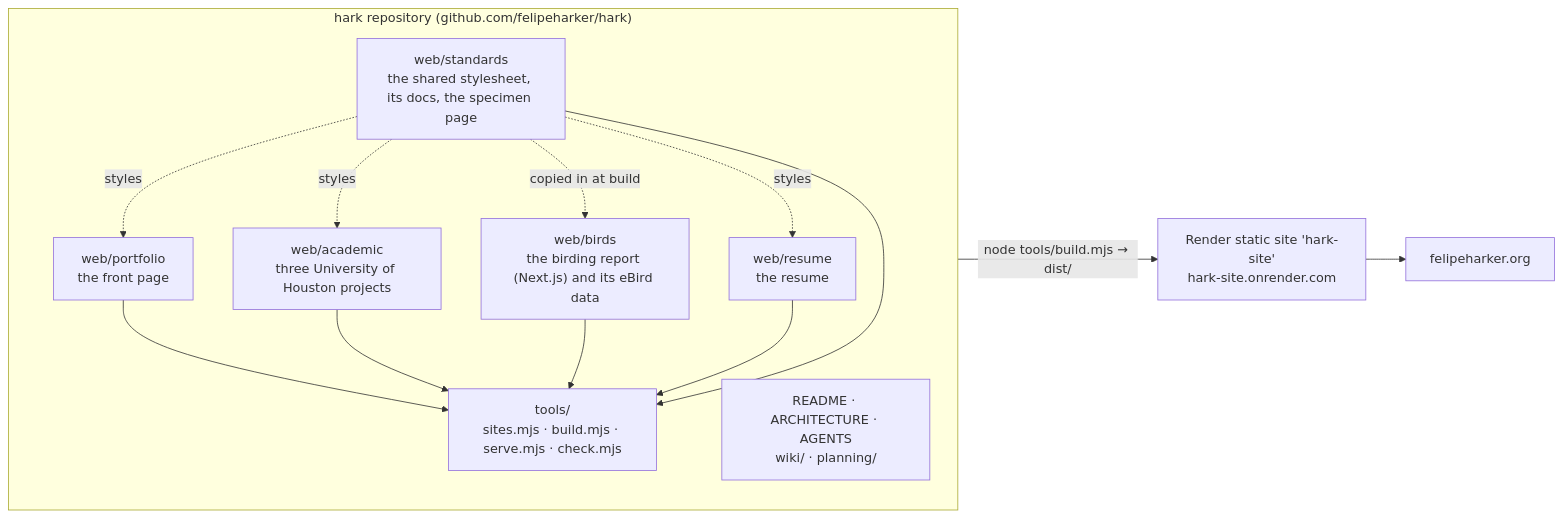
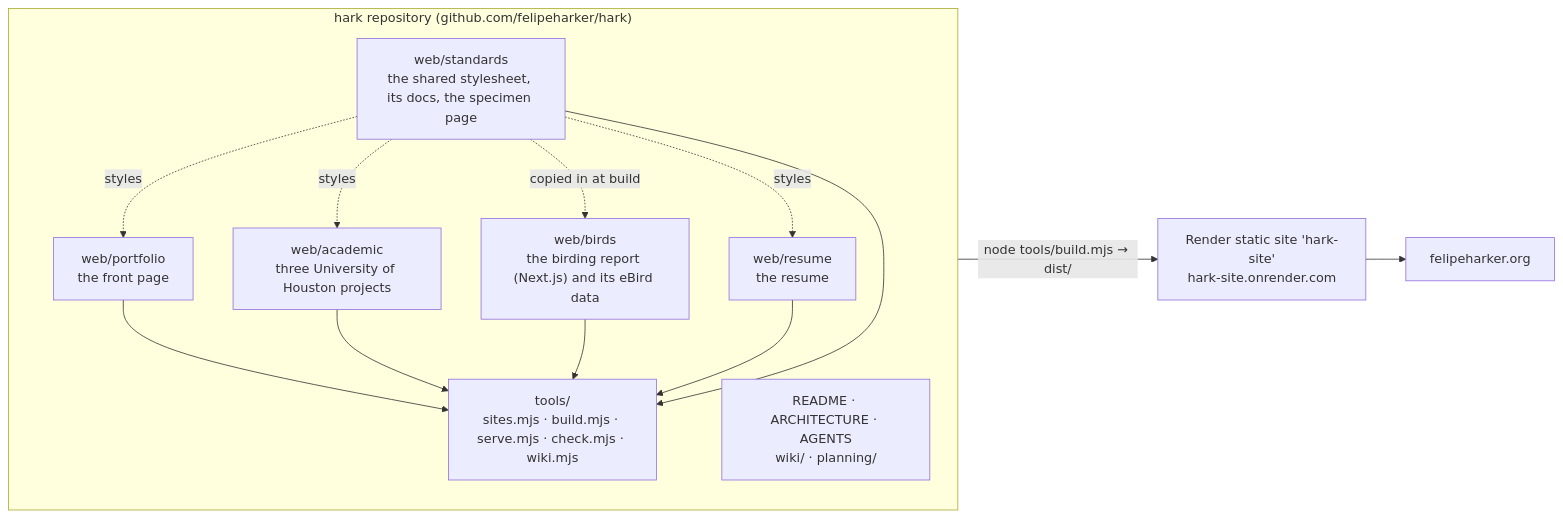
One commit to felipeharker/hark changed the first of 6 diagrams in ARCHITECTURE.md. Above: the diagram before and after it, drawn with Mermaid. The commit also changed other lines of this file and 10 other files, not shown here.

````diff
--- a/ARCHITECTURE.md
+++ b/ARCHITECTURE.md
@@ -22,22 +22,22 @@
 ```mermaid
 flowchart LR
   subgraph repo["hark repository (github.com/felipeharker/hark)"]
     direction TB
     standards["web/standards<br/>the shared stylesheet, its docs, the specimen page"]
     portfolio["web/portfolio<br/>the front page"]
     academic["web/academic<br/>three University of Houston projects"]
     birds["web/birds<br/>the birding report (Next.js) and its eBird data"]
     resume["web/resume<br/>the resume"]
-    tools["tools/<br/>sites.mjs · build.mjs · serve.mjs · check.mjs"]
+    tools["tools/<br/>sites.mjs · build.mjs · serve.mjs · check.mjs · wiki.mjs"]
     docs["README · ARCHITECTURE · AGENTS<br/>wiki/ · planning/"]
   end
 
   standards -. "styles" .-> portfolio
   standards -. "styles" .-> academic
   standards -. "styles" .-> resume
   standards -. "copied in at build" .-> birds
   portfolio & academic & birds & resume & standards --> tools
 
   tools -- "node tools/build.mjs → dist/" --> render["Render static site 'hark-site'<br/>hark-site.onrender.com"]
   render --> domain["felipeharker.org"]
 ```
````
